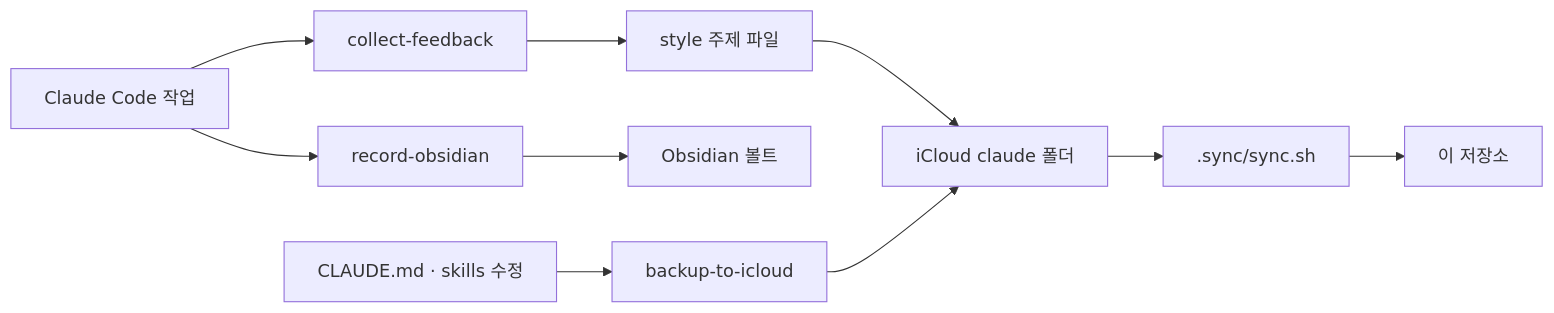
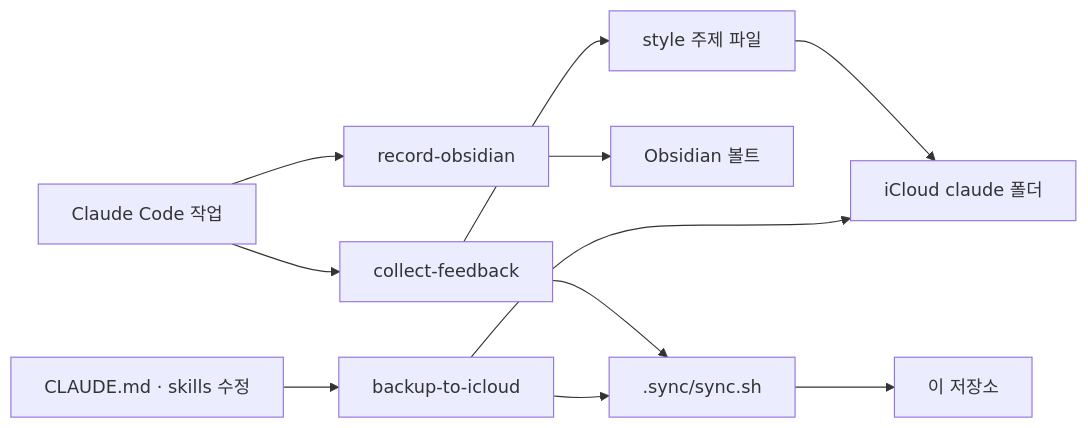
Before and after one commit to thalals/MY-CLAUDE-SKILL: the diagram in README.md, drawn with Mermaid. The commit also changed other lines of this file and 3 other files, not shown here.

````diff
--- a/README.md
+++ b/README.md
@@ -36,10 +36,12 @@
 ```mermaid
 flowchart LR
     A[Claude Code 작업] --> B[collect-feedback]
     B --> C[style 주제 파일]
     A --> D[record-obsidian]
     D --> E[Obsidian 볼트]
     C --> F[iCloud claude 폴더]
     G[CLAUDE.md · skills 수정] --> H[backup-to-icloud] --> F
-    F --> I[.sync/sync.sh] --> J[이 저장소]
+    B --> I[.sync/sync.sh]
+    H --> I
+    I --> J[이 저장소]
 ```
````
